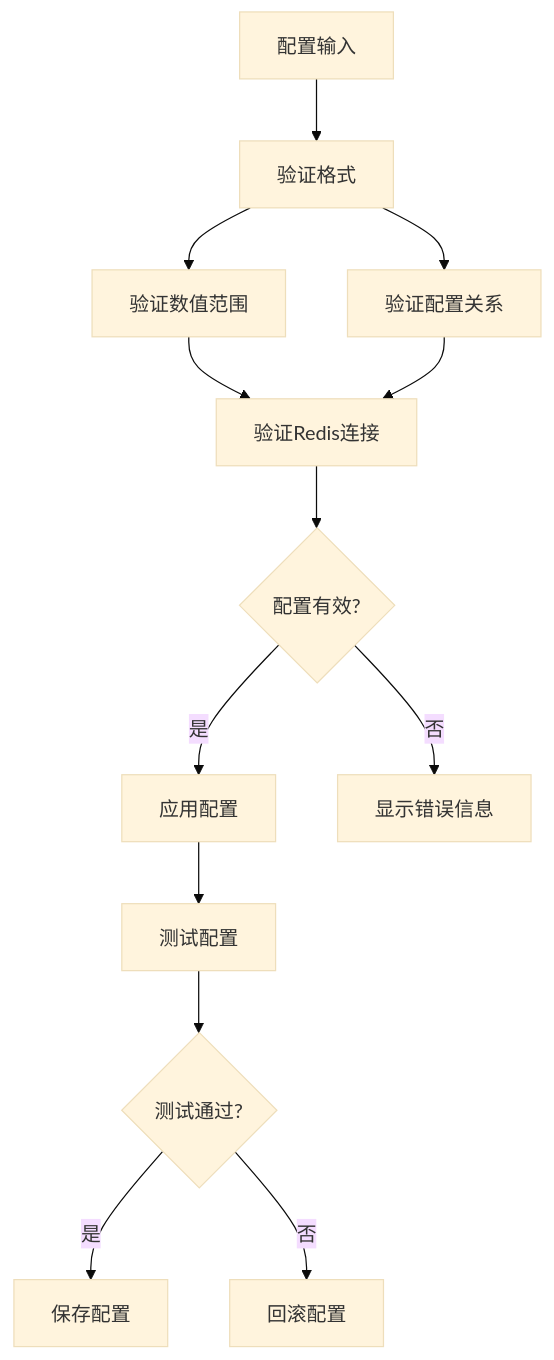
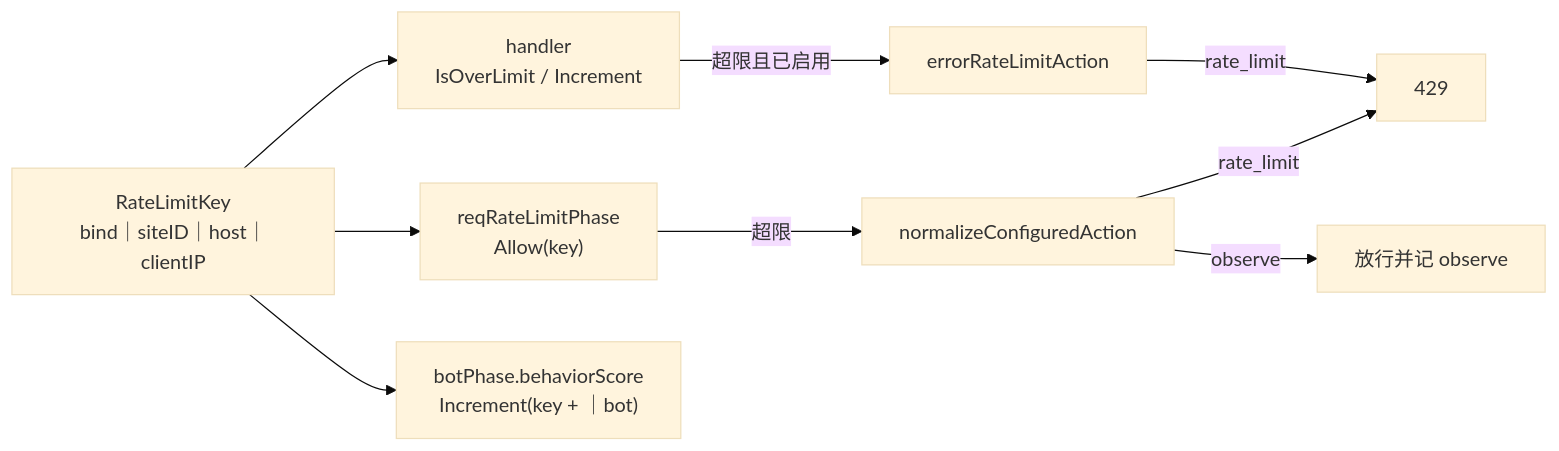
One commit to x01n/My-OpenWaf changed the sixth of 9 diagrams in docs/安全防护功能/速率限制机制/限流配置管理.md. Above: the diagram before and after it, drawn with Mermaid (base theme). The commit also changed other lines of this file and 622 other files, not shown here.

````diff
--- a/docs/安全防护功能/速率限制机制/限流配置管理.md
+++ b/docs/安全防护功能/速率限制机制/限流配置管理.md
@@ -407,15 +364,11 @@
 ```mermaid
-flowchart TD
-Config[配置输入] --> ValidateFormat["验证格式"]
-ValidateFormat --> ValidateRange["验证数值范围"]
-ValidateFormat --> ValidateRelation["验证配置关系"]
-ValidateRange --> ValidateRedis["验证Redis连接"]
-ValidateRelation --> ValidateRedis
-ValidateRedis --> Valid{配置有效?}
-Valid --> |是| ApplyConfig["应用配置"]
-Valid --> |否| ShowError["显示错误信息"]
-ApplyConfig --> TestConfig["测试配置"]
-TestConfig --> Success{测试通过?}
-Success --> |是| SaveConfig["保存配置"]
-Success --> |否| Rollback["回滚配置"]
+flowchart LR
+KEY["RateLimitKey<br/>bind｜siteID｜host｜clientIP"] --> REQ["reqRateLimitPhase<br/>Allow(key)"]
+KEY --> ERR["handler<br/>IsOverLimit / Increment"]
+KEY --> BOT["botPhase.behaviorScore<br/>Increment(key + ｜bot)"]
+REQ --> |超限| ACT["normalizeConfiguredAction"]
+ERR --> |超限且已启用| EACT["errorRateLimitAction"]
+ACT --> |rate_limit| R429["429"]
+EACT --> |rate_limit| R429
+ACT --> |observe| PASS["放行并记 observe"]
 ```
````
